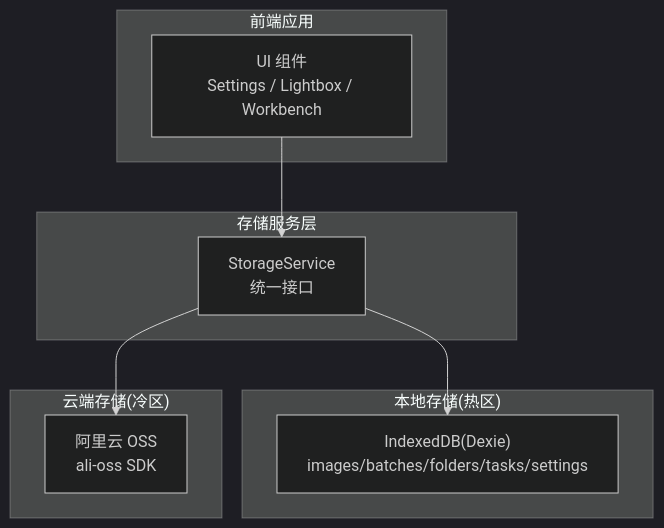
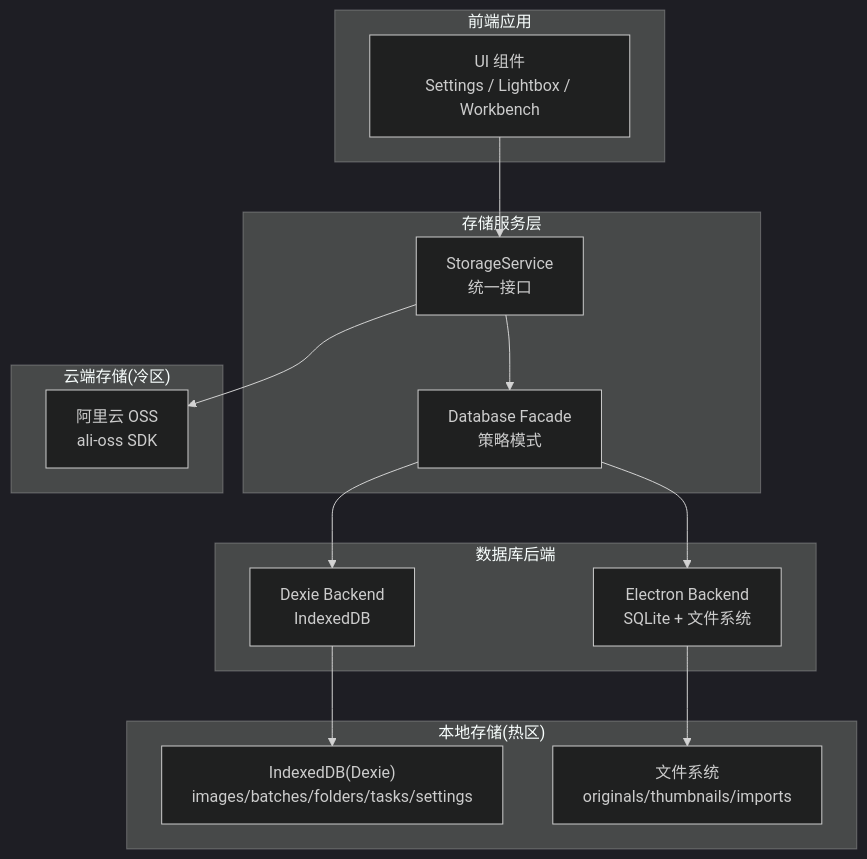
Before and after one commit to AlbusWei/AI-Image-Studio: the first of 4 diagrams in .qoder/repowiki/zh/content/服务层/存储服务.md, drawn with Mermaid (dark theme). The commit also changed other lines of this file and 37 other files, not shown here.

First line of the commit message:
feat: 统一数据源 - 浏览器和 Electron 共享同一 SQLite 数据库

````diff
--- a/.qoder/repowiki/zh/content/服务层/存储服务.md
+++ b/.qoder/repowiki/zh/content/服务层/存储服务.md
@@ -35,18 +52,28 @@
 ```mermaid
 graph TB
 subgraph "前端应用"
 UI["UI 组件<br/>Settings / Lightbox / Workbench"]
 end
 subgraph "存储服务层"
 SS["StorageService<br/>统一接口"]
+DBF["Database Facade<br/>策略模式"]
+end
+subgraph "数据库后端"
+DEXIE["Dexie Backend<br/>IndexedDB"]
+ELECTRON["Electron Backend<br/>SQLite + 文件系统"]
 end
 subgraph "本地存储(热区)"
-DB["IndexedDB(Dexie)<br/>images/batches/folders/tasks/settings"]
+IDB["IndexedDB(Dexie)<br/>images/batches/folders/tasks/settings"]
+FS["文件系统<br/>originals/thumbnails/imports"]
 end
 subgraph "云端存储(冷区)"
 OSS["阿里云 OSS<br/>ali-oss SDK"]
 end
 UI --> SS
-SS --> DB
+SS --> DBF
+DBF --> DEXIE
+DBF --> ELECTRON
+DEXIE --> IDB
+ELECTRON --> FS
 SS --> OSS
 ```
````
